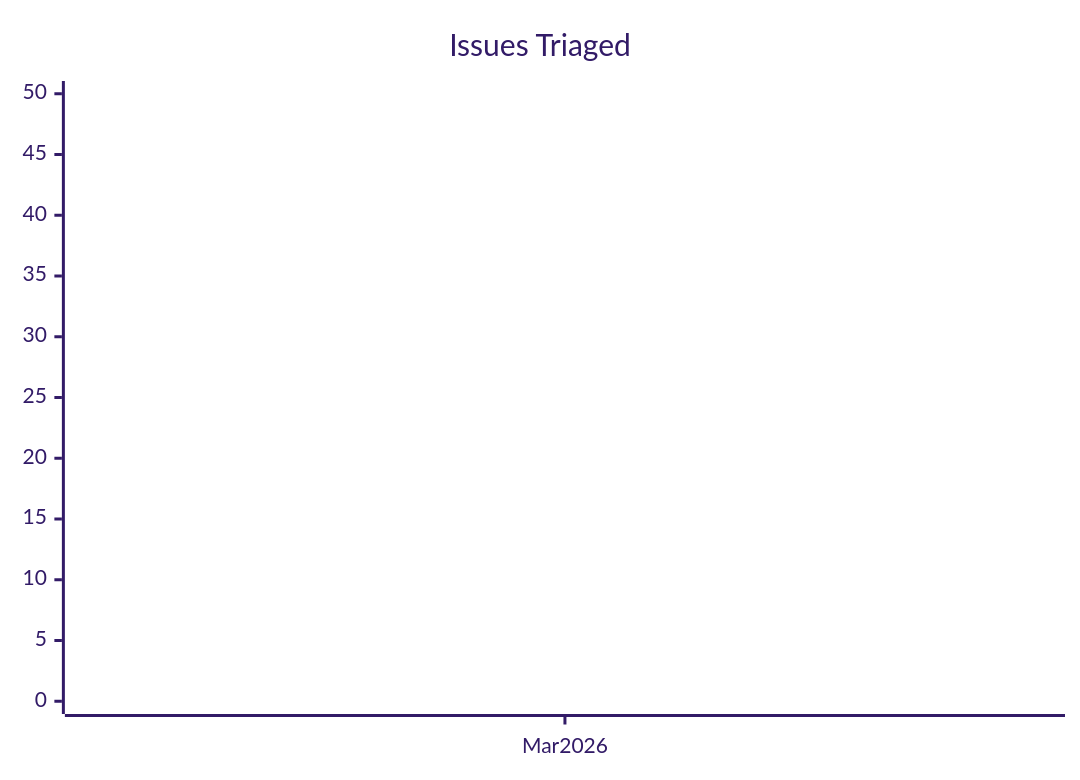
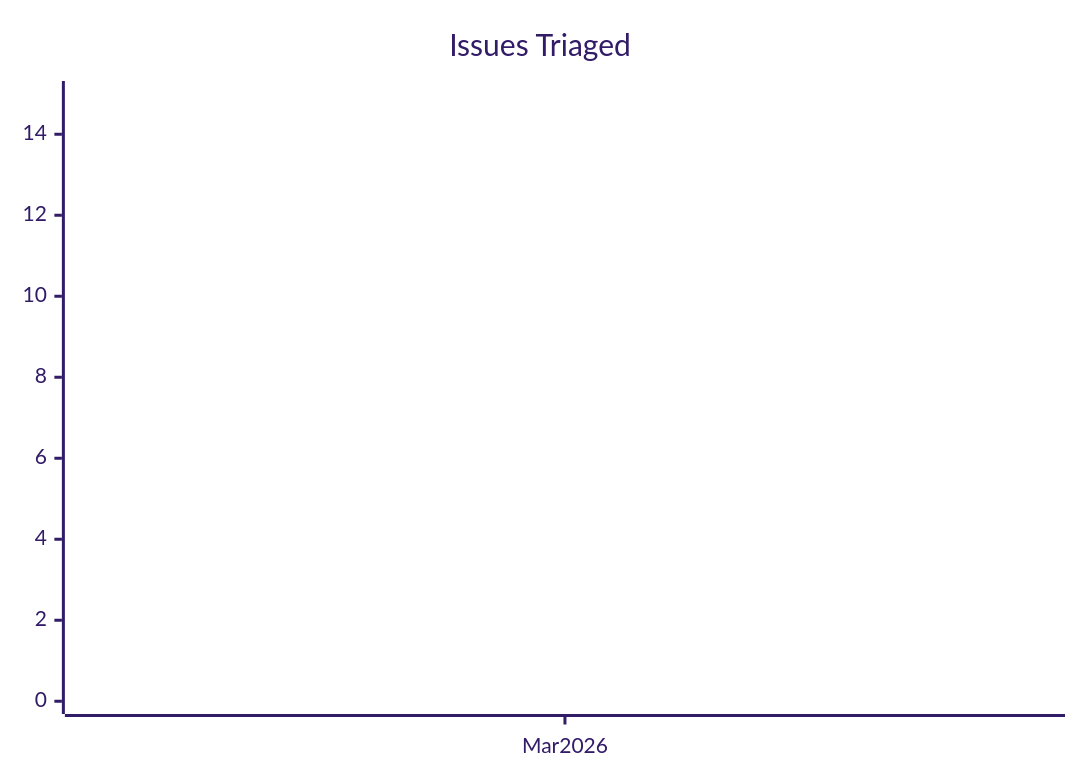
The first of 2 diagrams in README.md (surenpoghosian/open-source-triage-initiative), drawn with Mermaid (forest theme) before and after one commit. The commit also changed other lines of this file, not shown here.

````diff
--- a/README.md
+++ b/README.md
@@ -11,7 +11,7 @@
 ```mermaid
 xychart-beta
     title "Issues Triaged"
     x-axis [Mar 2026]
-    y-axis 0 --> 50
+    y-axis 0 --> 15
     line [0]
 ```
````
